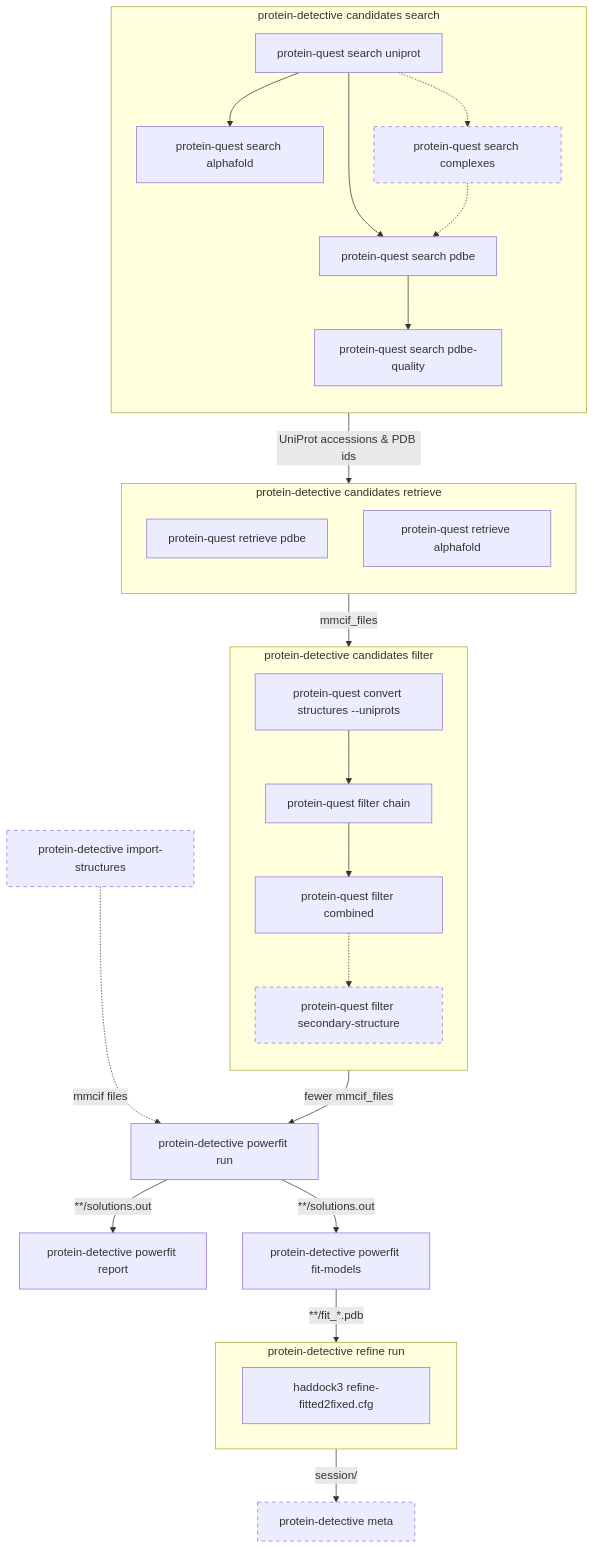
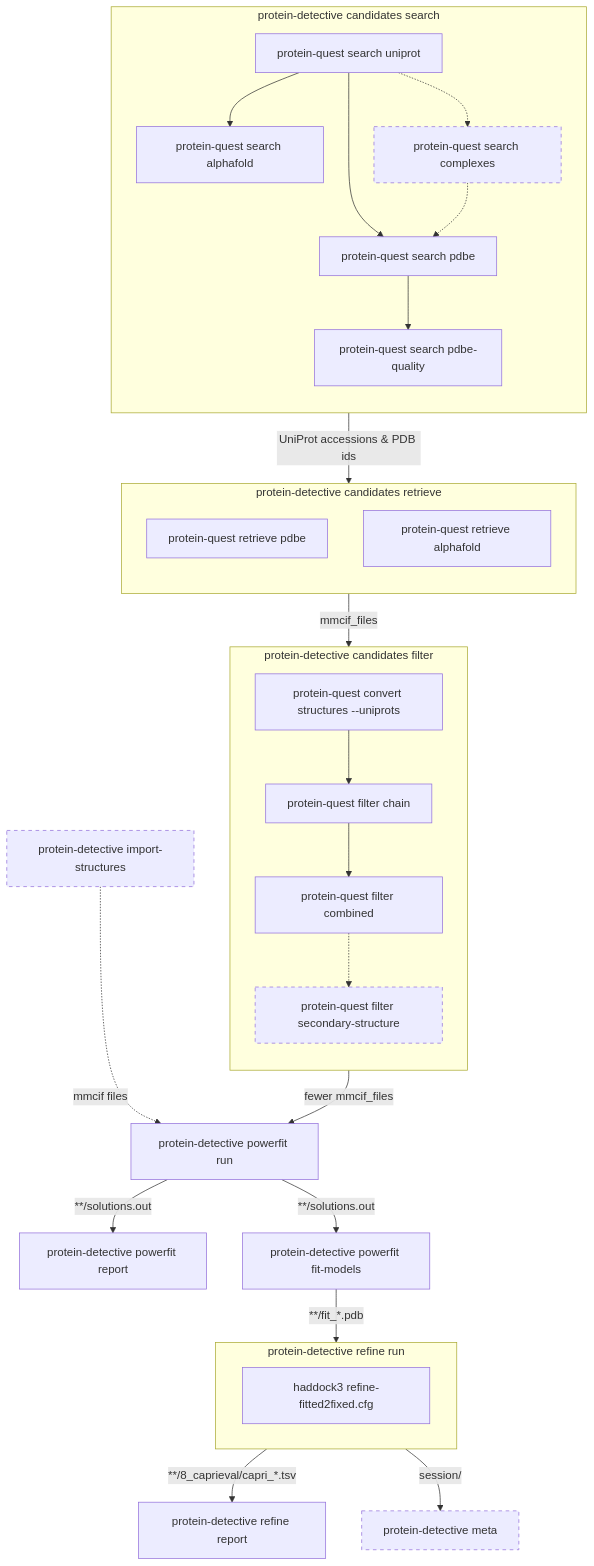
The diagram in README.md (haddocking/protein-detective), drawn with Mermaid before and after one commit. The commit also changed other lines of this file and 13 other files, not shown here.

Commit message:
Add refinement report with CAPRI cluster members and metadata

````diff
--- a/README.md
+++ b/README.md
@@ -43,54 +43,57 @@
 ```mermaid
 flowchart TB
     subgraph search [protein-detective candidates search]
         direction TB
         S2[protein-quest search uniprot]
         S3[protein-quest search alphafold]
         S4[protein-quest search pdbe]
         S5[protein-quest search pdbe-quality]
         S6[protein-quest search complexes]
         S2 --> S3 & S4
         S4 --> S5
         S2 -.-> S6
         S6 -.-> S4
     end
     search -- "UniProt accessions & PDB ids" --> retrieve
 
     subgraph retrieve [protein-detective candidates retrieve]
         direction TB
         R2[protein-quest retrieve pdbe]
         R3[protein-quest retrieve alphafold]
     end
     retrieve -- "mmcif_files" --> filter
 
     subgraph filter [protein-detective candidates filter]
         direction TB
         F2[protein-quest convert structures --uniprots]
         F3[protein-quest filter chain]
         F4[protein-quest filter combined]
         F5[protein-quest filter secondary-structure]
         F2 --> F3 --> F4 -.-> F5
     end
     filter -- "fewer mmcif_files" --> P1[protein-detective powerfit run]
 
     I1[protein-detective import-structures]
     I1 -. "mmcif files" .-> P1
 
     E1[protein-detective powerfit report]
     M1[protein-detective powerfit fit-models]
     P1 -- "**/solutions.out" --> E1 & M1
 
     subgraph refine [protein-detective refine run]
         R1[haddock3 refine-fitted2fixed.cfg]
     end
     M1 -- "**/fit_*.pdb" --> refine
 
+    E2[protein-detective refine report]
+    refine -- "**/8_caprieval/capri_*.tsv" --> E2
+
     META[protein-detective meta]
     refine -- session/ --> META
 
     classDef dashedBorder stroke-dasharray: 5 5;
     S6:::dashedBorder
     F5:::dashedBorder
     I1:::dashedBorder
     META:::dashedBorder
 ```
````
